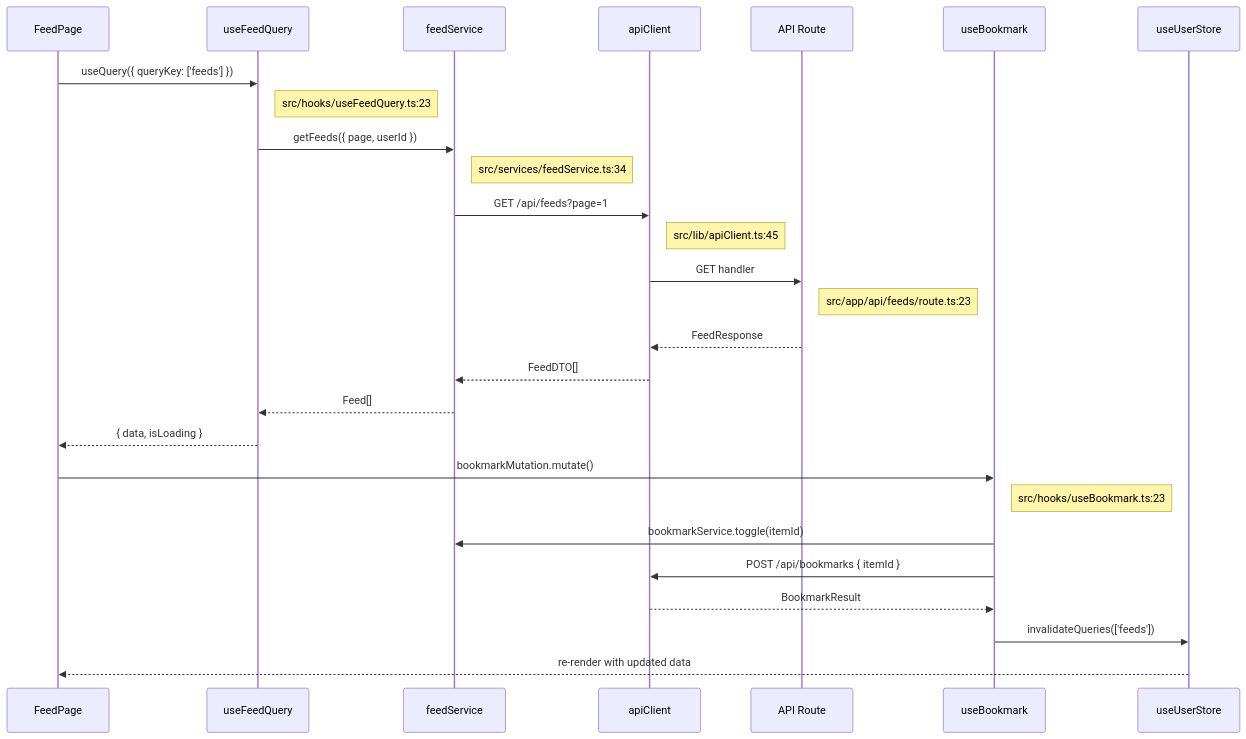
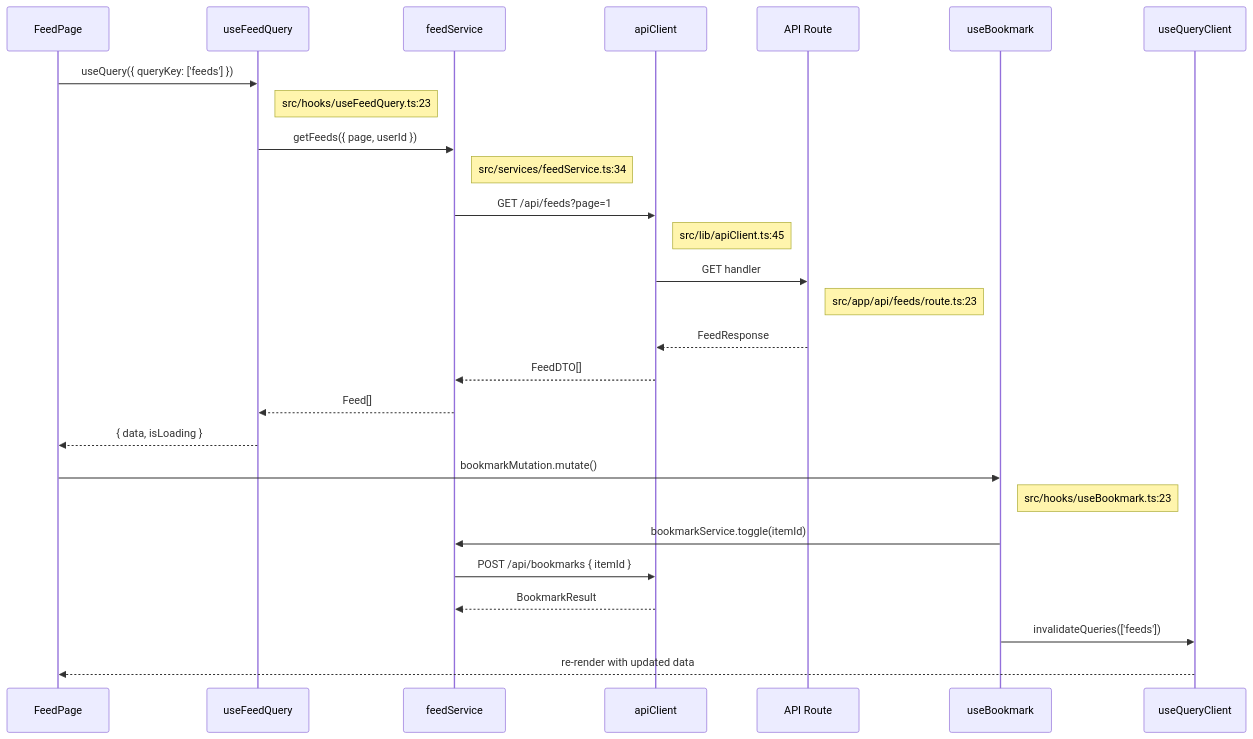
Before and after one commit to CaostGrace/project-arch-reverse: the fourth of 5 diagrams in references/react-template.md, drawn with Mermaid. The commit also changed 7 other files, not shown here.

First line of the commit message:
fix: 修复所有模板Mermaid图表错误 + 更新排查规范

````diff
--- a/references/react-template.md
+++ b/references/react-template.md
@@ -342,31 +342,31 @@
 ```mermaid
 sequenceDiagram
     participant Page as FeedPage
     participant Query as useFeedQuery
     participant Service as feedService
     participant API as apiClient
     participant Backend as API Route
     participant Bookmark as useBookmark
-    participant Store as useUserStore
+    participant QC as useQueryClient
 
     Page->>Query: useQuery({ queryKey: ['feeds'] })
     Note right of Query:  src/hooks/useFeedQuery.ts:23
     Query->>Service: getFeeds({ page, userId })
     Note right of Service:  src/services/feedService.ts:34
     Service->>API: GET /api/feeds?page=1
     Note right of API:  src/lib/apiClient.ts:45
     API->>Backend: GET handler
     Note right of Backend:  src/app/api/feeds/route.ts:23
     Backend-->>API: FeedResponse
     API-->>Service: FeedDTO[]
     Service-->>Query: Feed[]
     Query-->>Page: { data, isLoading }
 
     Page->>Bookmark: bookmarkMutation.mutate()
     Note right of Bookmark:  src/hooks/useBookmark.ts:23
     Bookmark->>Service: bookmarkService.toggle(itemId)
-    Bookmark->>API: POST /api/bookmarks { itemId }
-    API-->>Bookmark: BookmarkResult
-    Bookmark->>Store: invalidateQueries(['feeds'])
-    Store-->>Page: re-render with updated data
+    Service->>API: POST /api/bookmarks { itemId }
+    API-->>Service: BookmarkResult
+    Bookmark->>QC: invalidateQueries(['feeds'])
+    QC-->>Page: re-render with updated data
 ```
````
